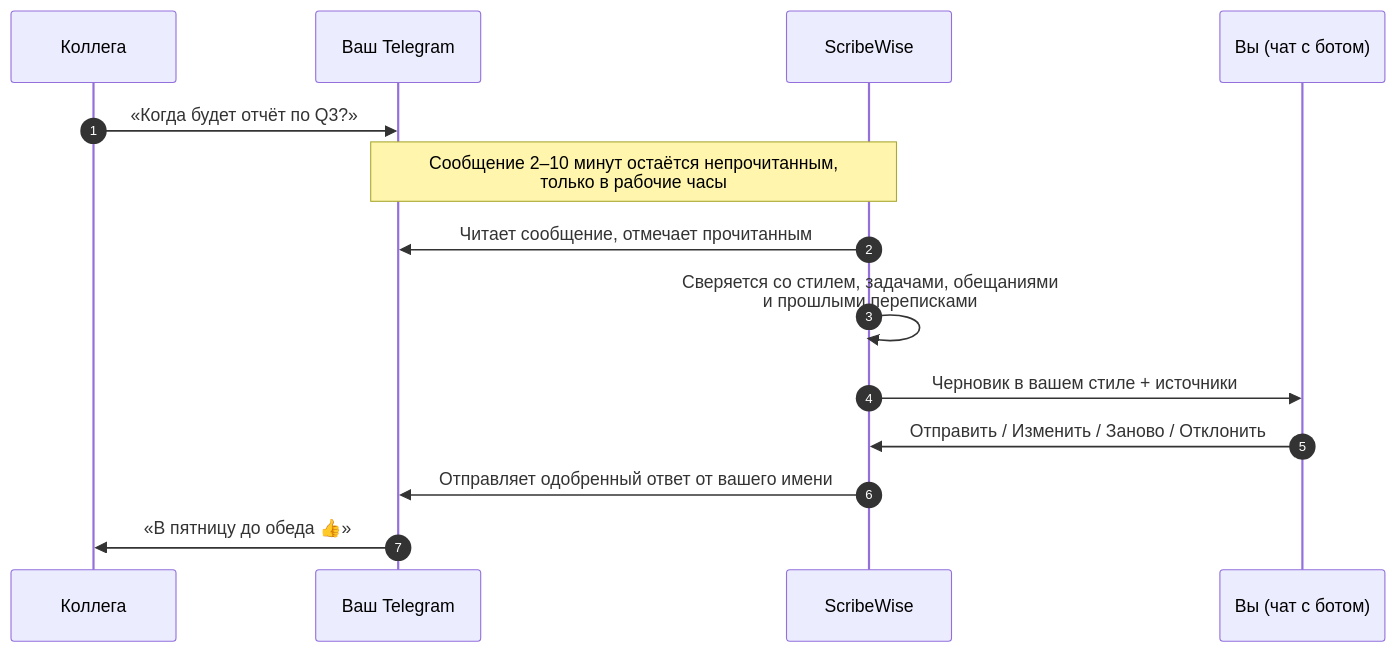
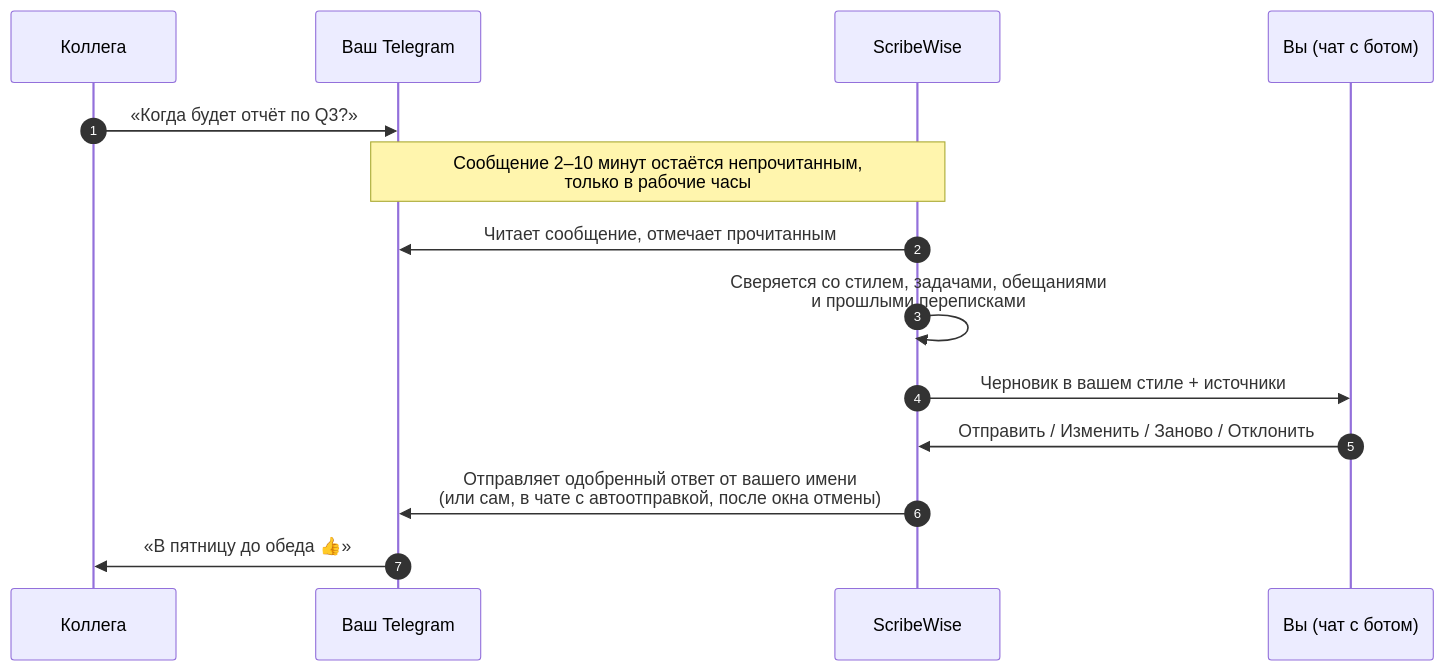
One commit to peach098/scribewise changed the diagram in README.ru.md. Above: the diagram before and after it, drawn with Mermaid. The commit also changed other lines of this file and 16 other files, not shown here.

````diff
--- a/README.ru.md
+++ b/README.ru.md
@@ -115,16 +123,16 @@
 ```mermaid
 sequenceDiagram
     autonumber
     participant C as Коллега
     participant T as Ваш Telegram
     participant S as ScribeWise
     participant Y as Вы (чат с ботом)
     C->>T: «Когда будет отчёт по Q3?»
     Note over T,S: Сообщение 2–10 минут остаётся непрочитанным,<br/>только в рабочие часы
     S->>T: Читает сообщение, отмечает прочитанным
     S->>S: Сверяется со стилем, задачами, обещаниями<br/>и прошлыми переписками
     S->>Y: Черновик в вашем стиле + источники
     Y->>S: Отправить / Изменить / Заново / Отклонить
-    S->>T: Отправляет одобренный ответ от вашего имени
+    S->>T: Отправляет одобренный ответ от вашего имени<br/>(или сам, в чате с автоотправкой, после окна отмены)
     T->>C: «В пятницу до обеда 👍»
 ```
````
